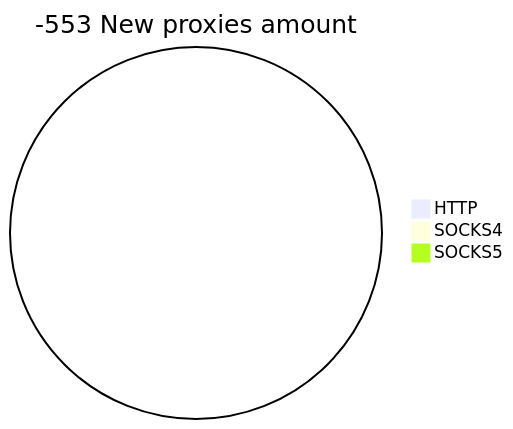
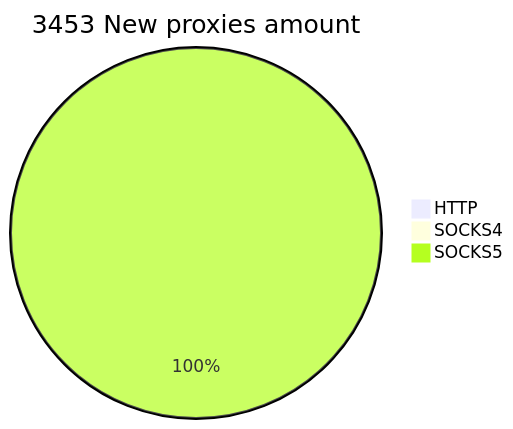
Before and after one commit to cutipu/proxylist: the second of 2 diagrams in README.md, drawn with Mermaid. The commit also changed other lines of this file, not shown here.

````diff
--- a/README.md
+++ b/README.md
@@ -10,6 +10,6 @@
 ```mermaid
-pie title -553 New proxies amount
+pie title 3453 New proxies amount
     "HTTP" : 0
-    "SOCKS4" : 0
-    "SOCKS5" : 0
+    "SOCKS4" : 1
+    "SOCKS5" : 3452
 ```
````
